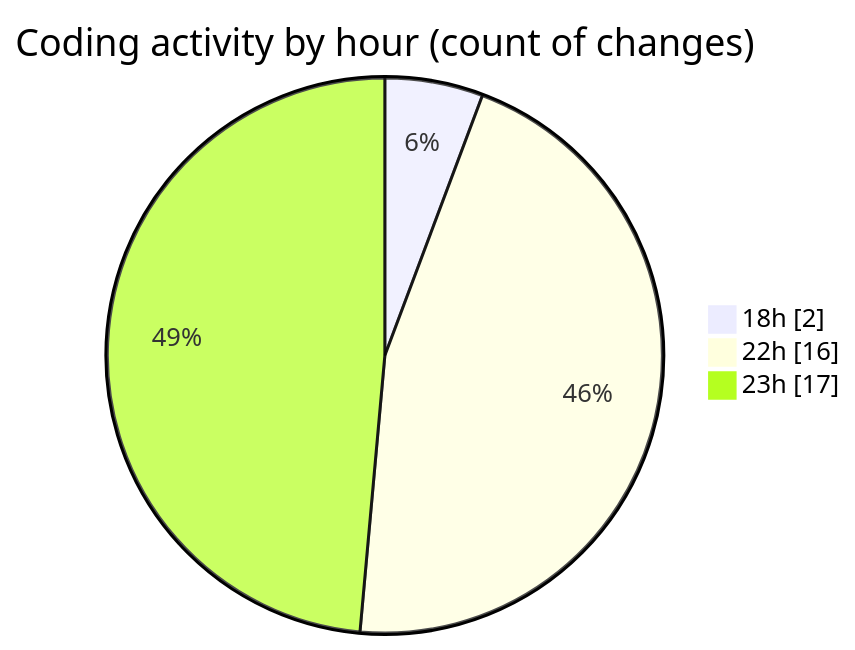
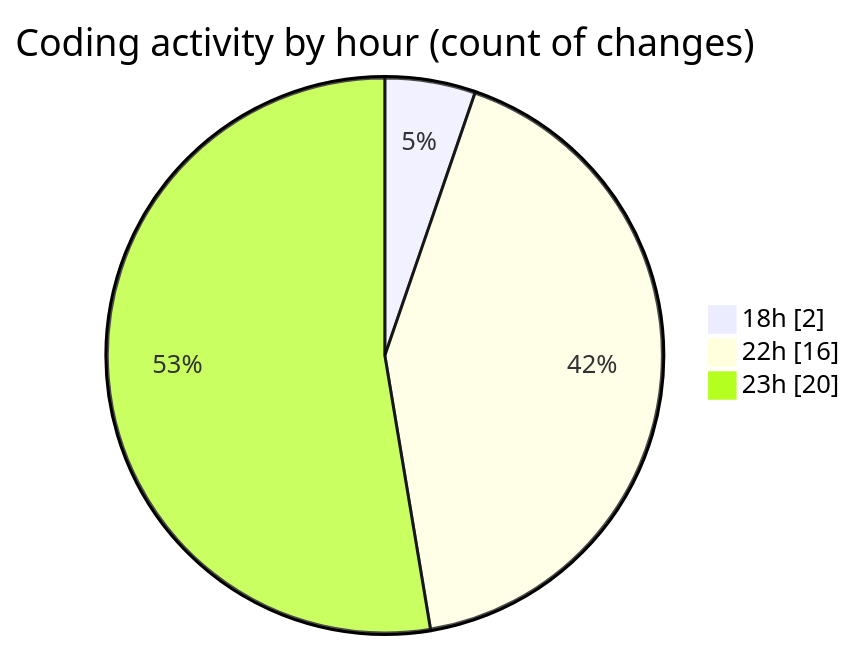
The second of 2 diagrams in 2025-11-17/cdp_aleoudev_fr__workspace_/README.md (julien-gomy/code-tracking), drawn with Mermaid before and after one commit. The commit also changed other lines of this file and 1 other file, not shown here.

````diff
--- a/2025-11-17/cdp_aleoudev_fr__workspace_/README.md
+++ b/2025-11-17/cdp_aleoudev_fr__workspace_/README.md
@@ -42,7 +44,7 @@
 ```mermaid
 pie showData
 title Coding activity by hour (count of changes)
 "18h" : 2
 "22h" : 16
-"23h" : 17
+"23h" : 20
 ```
````
